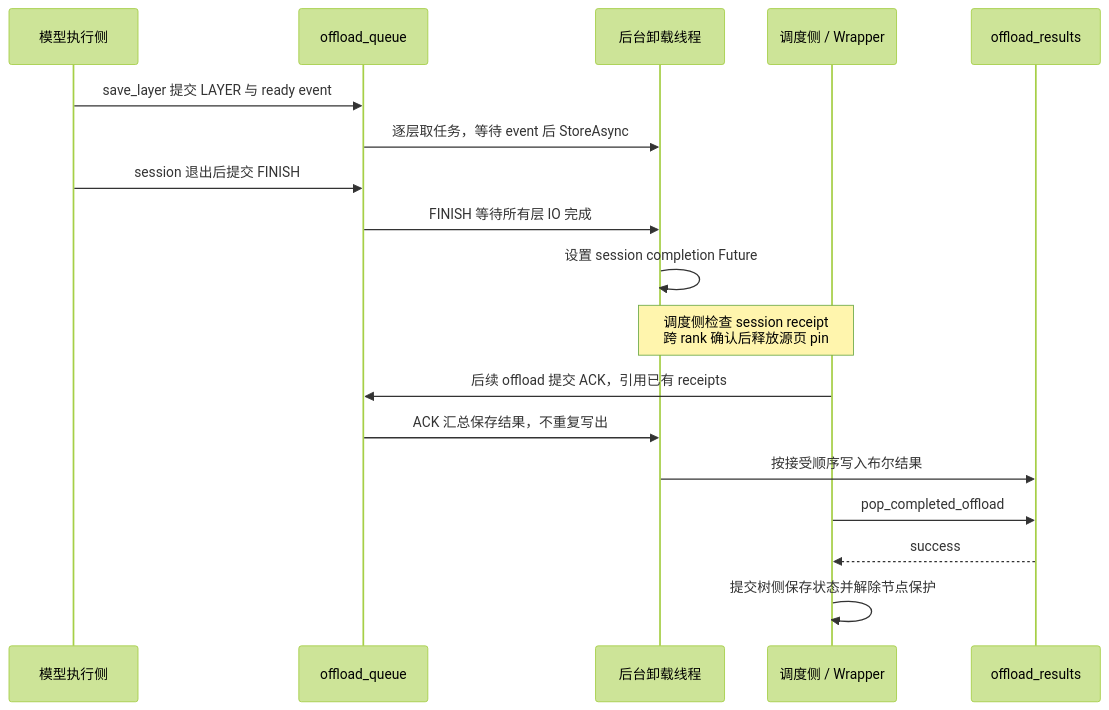
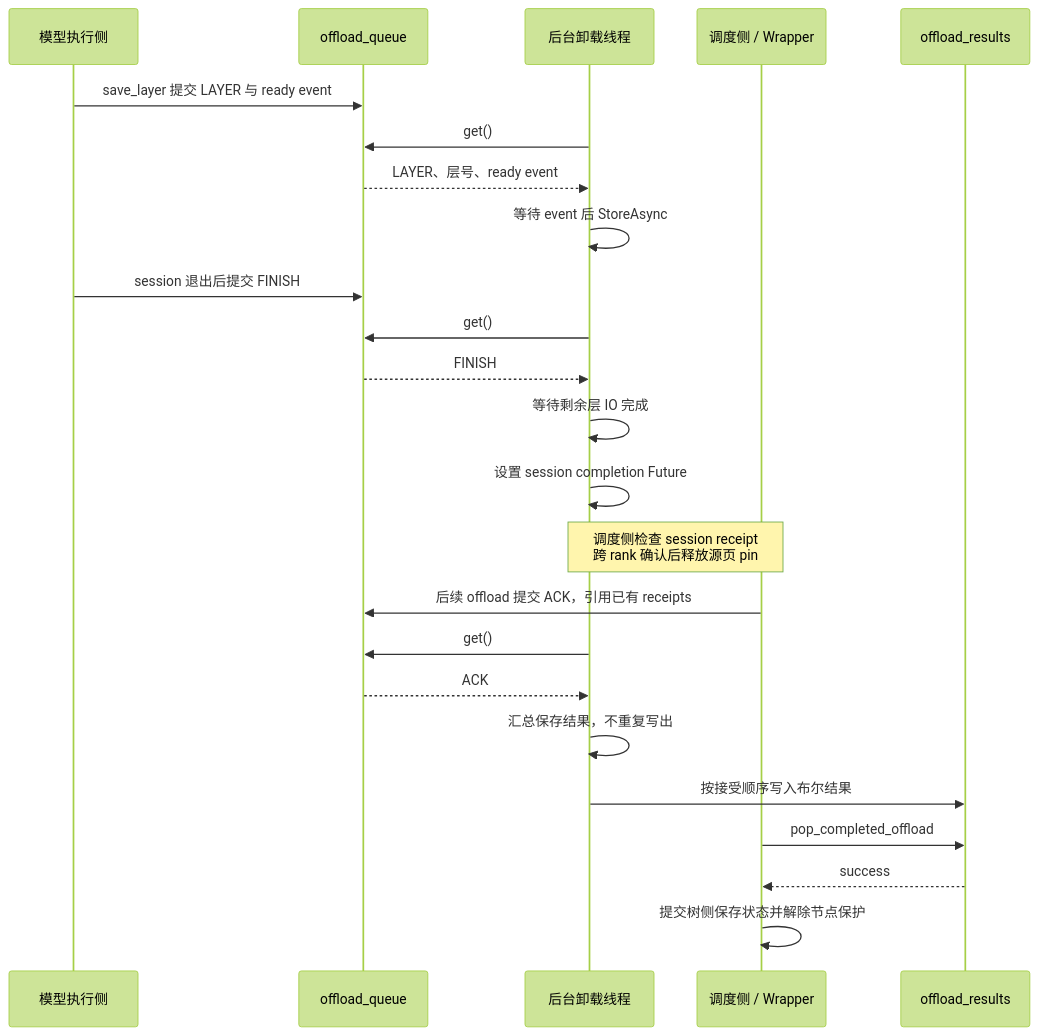
Diagram 17 of 27 in kv_client_linker_backend_design.md (yuanzhg078/sglang), drawn with Mermaid (forest theme) before and after one commit. The commit also changed other lines of this file and 1 other file, not shown here.

````diff
--- a/kv_client_linker_backend_design.md
+++ b/kv_client_linker_backend_design.md
@@ -582,20 +870,26 @@
 ```mermaid
 sequenceDiagram
     participant M as 模型执行侧
     participant Q as offload_queue
     participant O as 后台卸载线程
     participant S as 调度侧 / Wrapper
     participant C as offload_results
     M->>Q: save_layer 提交 LAYER 与 ready event
-    Q->>O: 逐层取任务，等待 event 后 StoreAsync
+    O->>Q: get()
+    Q-->>O: LAYER、层号、ready event
+    O->>O: 等待 event 后 StoreAsync
     M->>Q: session 退出后提交 FINISH
-    Q->>O: FINISH 等待所有层 IO 完成
+    O->>Q: get()
+    Q-->>O: FINISH
+    O->>O: 等待剩余层 IO 完成
     O->>O: 设置 session completion Future
     Note over O,S: 调度侧检查 session receipt<br/>跨 rank 确认后释放源页 pin
     S->>Q: 后续 offload 提交 ACK，引用已有 receipts
-    Q->>O: ACK 汇总保存结果，不重复写出
+    O->>Q: get()
+    Q-->>O: ACK
+    O->>O: 汇总保存结果，不重复写出
     O->>C: 按接受顺序写入布尔结果
     S->>C: pop_completed_offload
     C-->>S: success
     S->>S: 提交树侧保存状态并解除节点保护
 ```
````
